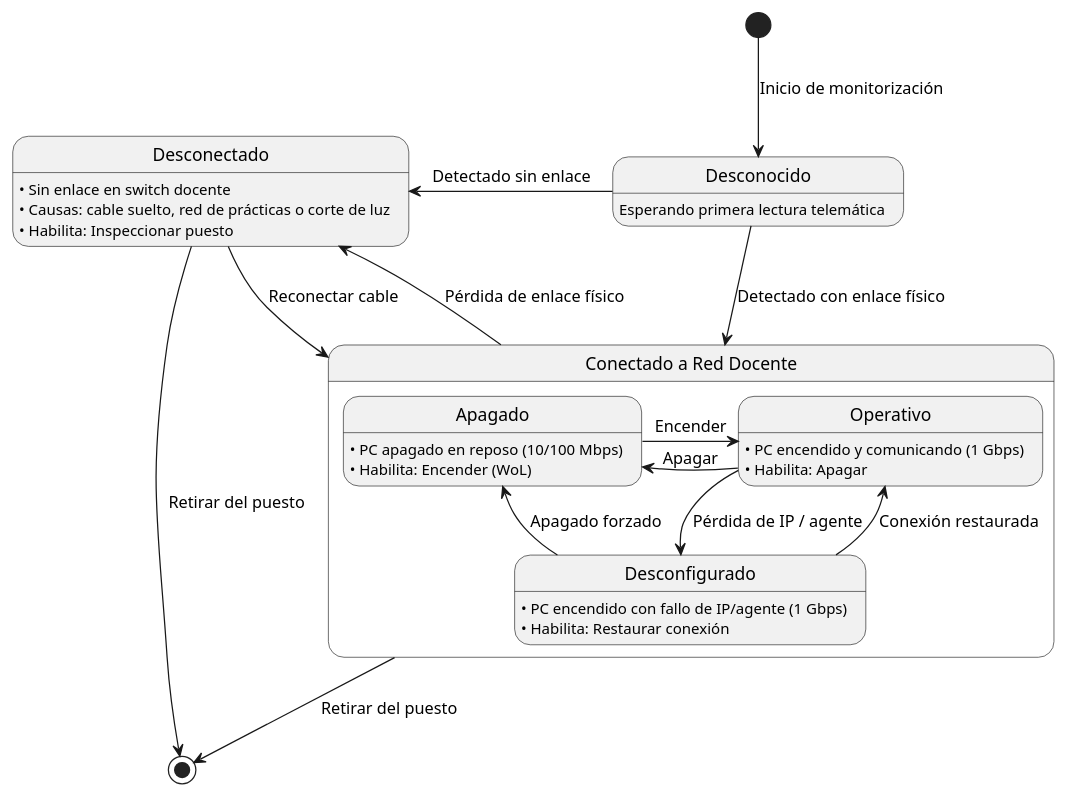
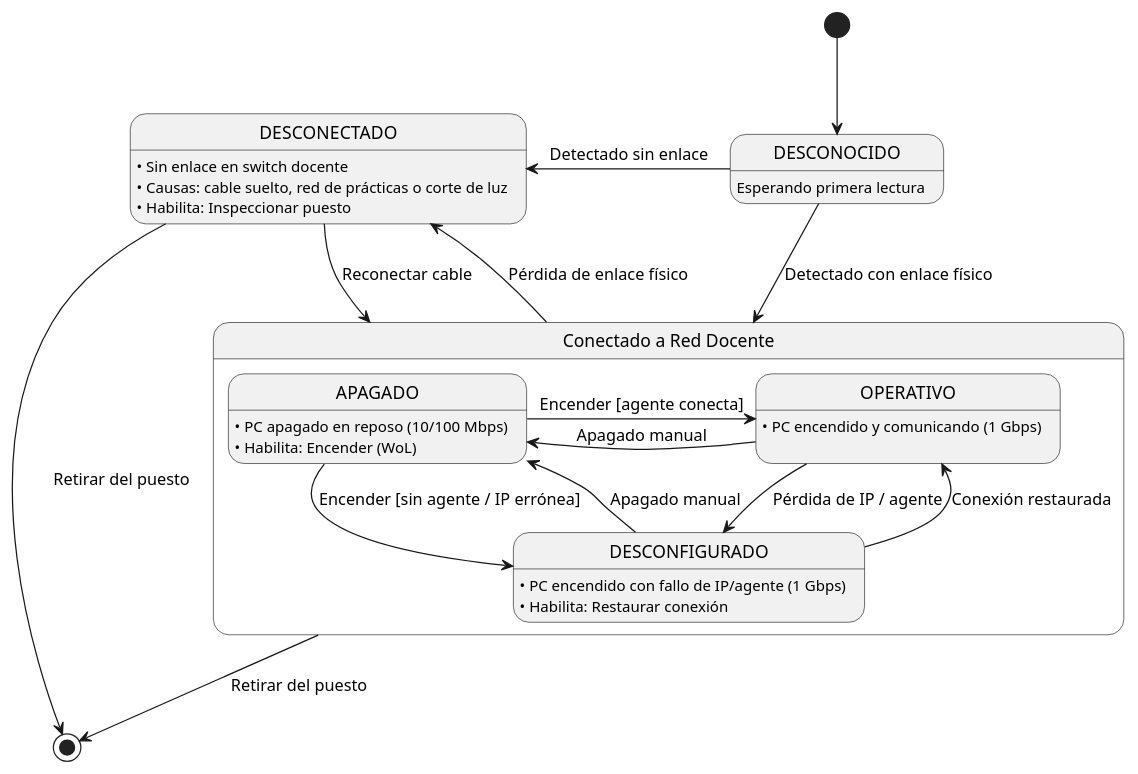
Before and after one commit to Carlos-Lima2510/mesh-panel: the diagram in RUP/00-casos-uso/00-modelo-del-dominio/diagrama-estados/diagrama-estados-host.puml, drawn with PlantUML. The commit also changed 2 other files, not shown here.

Commit message:
refactor: Update class and state diagrams for consistency and clarity

```diff
--- a/RUP/00-casos-uso/00-modelo-del-dominio/diagrama-estados/diagrama-estados-host.puml
+++ b/RUP/00-casos-uso/00-modelo-del-dominio/diagrama-estados/diagrama-estados-host.puml
@@ -1,31 +1,32 @@
 @startuml diagrama-estados-host
 
-[*] -down-> Desconocido : Inicio de monitorización
+[*] -down-> DESCONOCIDO
 
-state Desconocido : Esperando primera lectura telemática
+state DESCONOCIDO : Esperando primera lectura
 
-state "Conectado a Red Docente" as Conectado {
-    state Apagado : • PC apagado en reposo (10/100 Mbps)\n• Habilita: Encender (WoL)
-    state Operativo : • PC encendido y comunicando (1 Gbps)\n• Habilita: Apagar
-    state Desconfigurado : • PC encendido con fallo de IP/agente (1 Gbps)\n• Habilita: Restaurar conexión
+state "Conectado a Red Docente" as CONECTADO {
+    state APAGADO : • PC apagado en reposo (10/100 Mbps)\n• Habilita: Encender (WoL)
+    state OPERATIVO : • PC encendido y comunicando (1 Gbps)\n
+    state DESCONFIGURADO : • PC encendido con fallo de IP/agente (1 Gbps)\n• Habilita: Restaurar conexión
 
-    Apagado -right-> Operativo : Encender
-    Operativo -left-> Apagado : Apagar
+    APAGADO -right-> OPERATIVO : Encender [agente conecta]
+    APAGADO -right-> DESCONFIGURADO : Encender [sin agente / IP errónea]
 
-    Operativo -down-> Desconfigurado : Pérdida de IP / agente
-    Desconfigurado -up-> Operativo : Conexión restaurada
-    Desconfigurado -left-> Apagado : Apagado forzado
+    OPERATIVO -down-> DESCONFIGURADO : Pérdida de IP / agente
+    OPERATIVO -left-> APAGADO : Apagado manual
+    DESCONFIGURADO -up-> OPERATIVO : Conexión restaurada
+    DESCONFIGURADO -left-> APAGADO : Apagado manual
 }
 
-state Desconectado : • Sin enlace en switch docente\n• Causas: cable suelto, red de prácticas o corte de luz\n• Habilita: Inspeccionar puesto
+state DESCONECTADO : • Sin enlace en switch docente\n• Causas: cable suelto, red de prácticas o corte de luz\n• Habilita: Inspeccionar puesto
 
-Desconocido -down-> Conectado : Detectado con enlace físico
-Desconocido -left-> Desconectado : Detectado sin enlace
+DESCONOCIDO -down-> CONECTADO : Detectado con enlace físico
+DESCONOCIDO -left-> DESCONECTADO : Detectado sin enlace
 
-Conectado -left-> Desconectado : Pérdida de enlace físico
-Desconectado -right-> Conectado : Reconectar cable
+CONECTADO -left-> DESCONECTADO : Pérdida de enlace físico
+DESCONECTADO -right-> CONECTADO : Reconectar cable
 
-Conectado -down-> [*] : Retirar del puesto
-Desconectado -down-> [*] : Retirar del puesto
+CONECTADO -down-> [*] : Retirar del puesto
+DESCONECTADO -down-> [*] : Retirar del puesto
 
 @enduml
```
